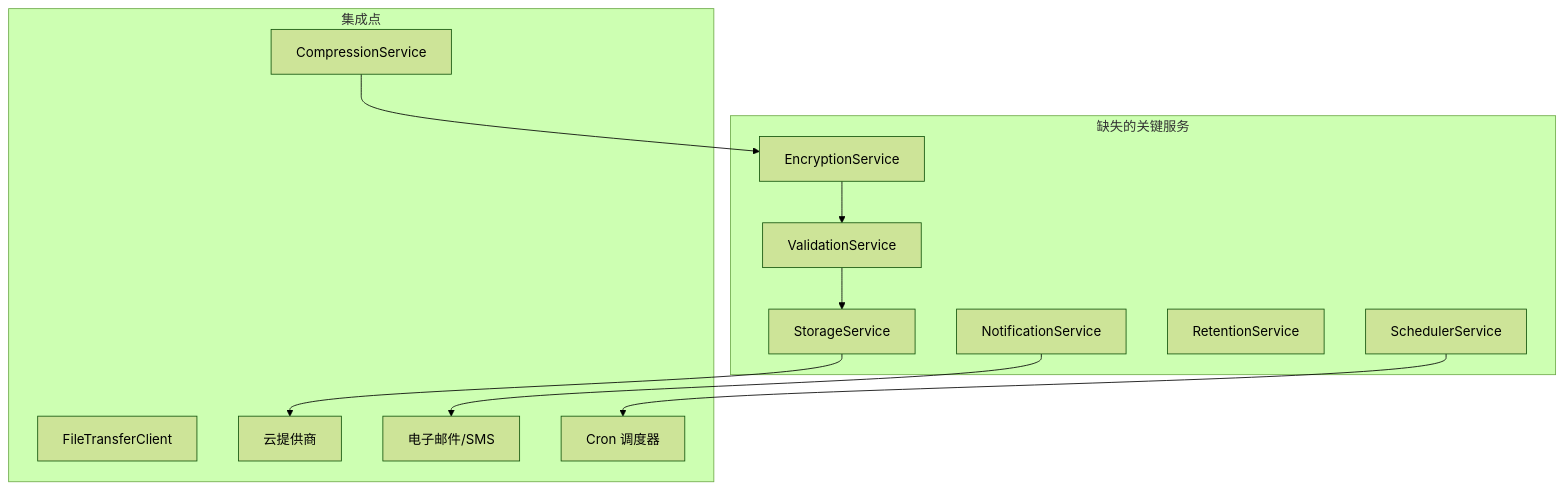
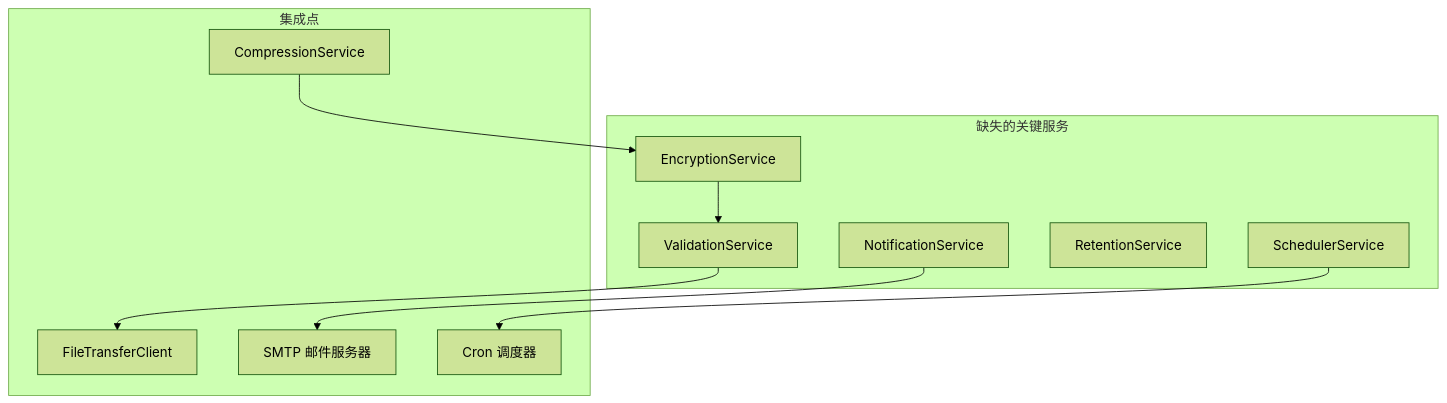
Before and after one commit to LTA319/BackupTool: the second of 2 diagrams in .kiro/specs/mysql-backup-tool/design-Zh.md, drawn with Mermaid (forest theme). The commit also changed other lines of this file and 12 other files, not shown here.

````diff
--- a/.kiro/specs/mysql-backup-tool/design-Zh.md
+++ b/.kiro/specs/mysql-backup-tool/design-Zh.md
@@ -50,26 +50,23 @@
 ```mermaid
 graph TB
     subgraph "缺失的关键服务"
         EncSvc[EncryptionService]
         ValSvc[ValidationService]
-        StorageSvc[StorageService]
         NotifSvc[NotificationService]
         RetentionSvc[RetentionService]
         SchedulerSvc[SchedulerService]
     end
     
     subgraph "集成点"
         CompSvc[CompressionService]
         TransferClient[FileTransferClient]
-        CloudStorage[云提供商]
-        EmailSMTP[电子邮件/SMS]
+        EmailSMTP[SMTP 邮件服务器]
         CronEngine[Cron 调度器]
     end
     
     CompSvc --> EncSvc
     EncSvc --> ValSvc
-    ValSvc --> StorageSvc
-    StorageSvc --> CloudStorage
+    ValSvc --> TransferClient
     NotifSvc --> EmailSMTP
     SchedulerSvc --> CronEngine
 ```
````
